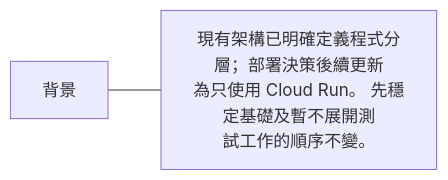
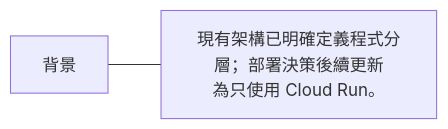
Before and after one commit to 963sup/line-mini-app-bot: the second of 6 diagrams in docs/decisions/0002-baseline.md, drawn with Mermaid. The commit also changed other lines of this file and 15 other files, not shown here.

````diff
--- a/docs/decisions/0002-baseline.md
+++ b/docs/decisions/0002-baseline.md
@@ -15,5 +17,5 @@
 ```mermaid
 flowchart LR
   h["背景"]
-  h --- n0["現有架構已明確定義程式分層；部署決策後續更新<br/>為只使用 Cloud Run。 先穩定基礎及暫不展開測<br/>試工作的順序不變。"]
+  h --- n0["現有架構已明確定義程式分層；部署決策後續更新<br/>為只使用 Cloud Run。"]
 ```
````
